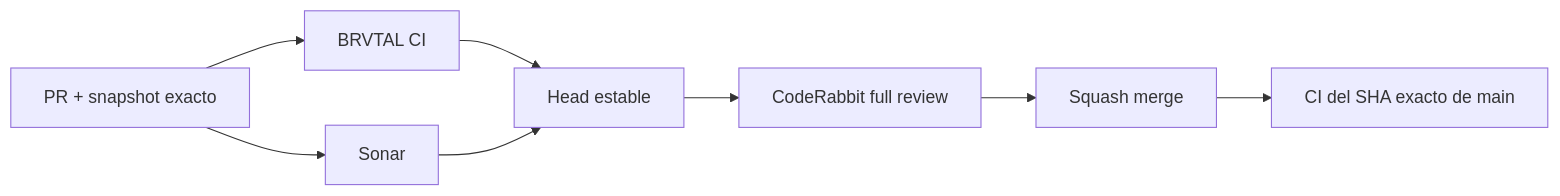
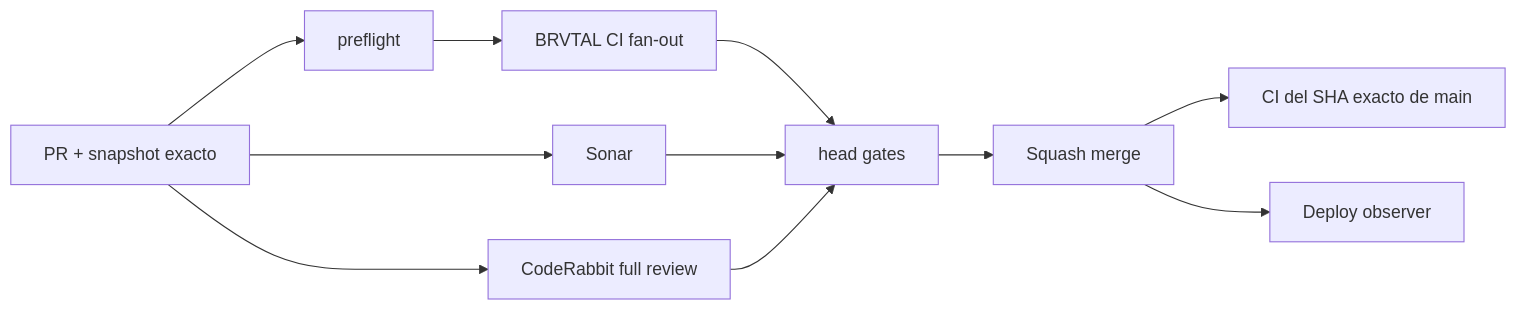
Before and after one commit to pl0n3r/brvtal: the diagram in README.md, drawn with Mermaid. The commit also changed other lines of this file and 6 other files, not shown here.

````diff
--- a/README.md
+++ b/README.md
@@ -28,10 +23,13 @@
 ```mermaid
 flowchart LR
-    A["PR + snapshot exacto"] --> B["BRVTAL CI"]
+    A["PR + snapshot exacto"] --> P["preflight"]
+    P --> B["BRVTAL CI fan-out"]
     A --> C["Sonar"]
-    B --> D["Head estable"]
-    C --> D
-    D --> E["CodeRabbit full review"]
+    A --> D["CodeRabbit full review"]
+    B --> E["head gates"]
+    C --> E
+    D --> E
     E --> F["Squash merge"]
     F --> G["CI del SHA exacto de main"]
+    F --> H["Deploy observer"]
 ```
````
